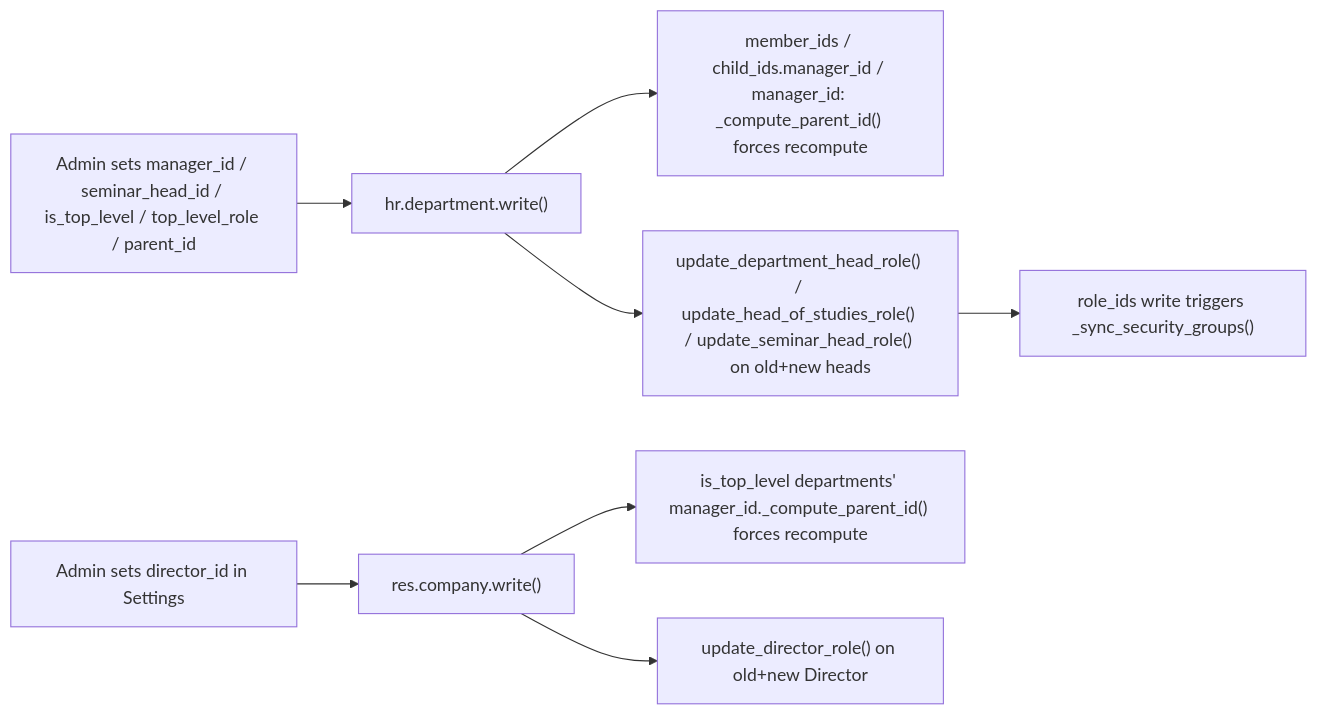
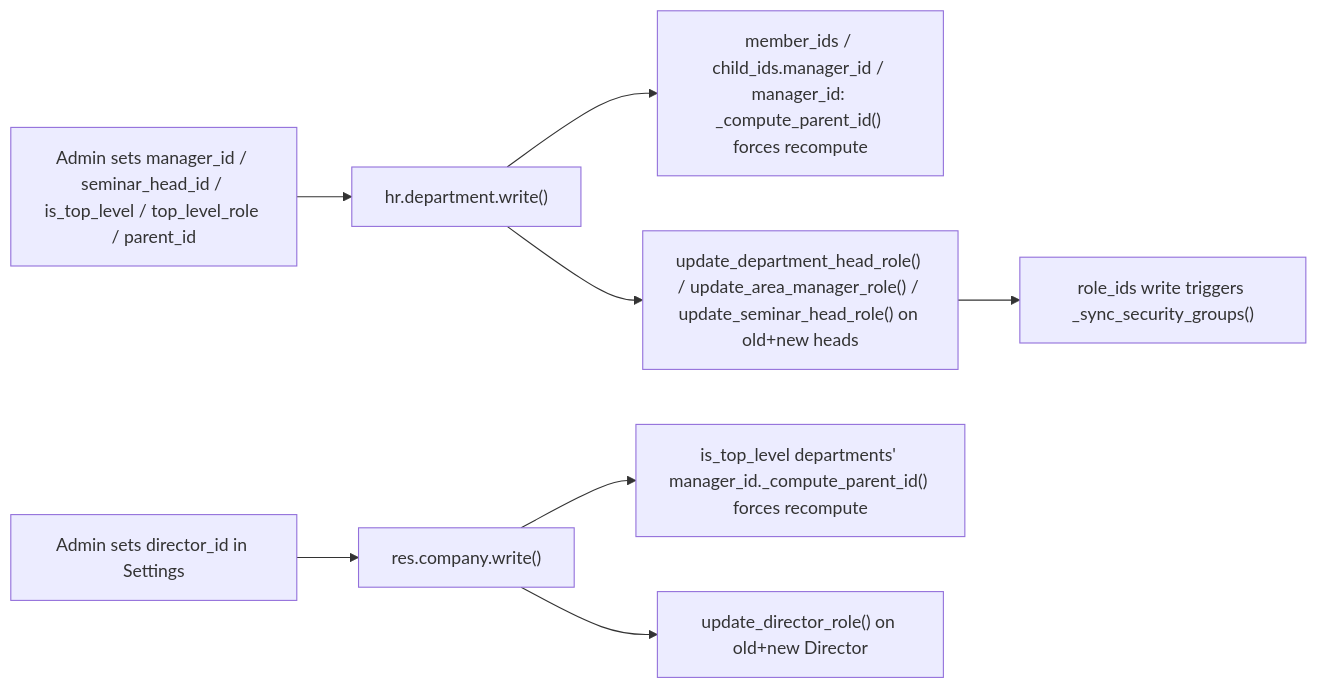
The second of 2 diagrams in docs/en/developers/employees/department.md (ElPuig/EMS), drawn with Mermaid before and after one commit. The commit also changed other lines of this file and 15 other files, not shown here.

````diff
--- a/docs/en/developers/employees/department.md
+++ b/docs/en/developers/employees/department.md
@@ -54,10 +54,10 @@
 ```mermaid
 flowchart LR
     A["Admin sets manager_id / seminar_head_id / is_top_level / top_level_role / parent_id"] --> B["hr.department.write()"]
     B --> C["member_ids / child_ids.manager_id / manager_id: _compute_parent_id() forces recompute"]
-    B --> D["update_department_head_role() / update_head_of_studies_role() / update_seminar_head_role() on old+new heads"]
+    B --> D["update_department_head_role() / update_area_manager_role() / update_seminar_head_role() on old+new heads"]
     D --> E["role_ids write triggers _sync_security_groups()"]
     F["Admin sets director_id in Settings"] --> G["res.company.write()"]
     G --> H["is_top_level departments' manager_id._compute_parent_id() forces recompute"]
     G --> I["update_director_role() on old+new Director"]
 ```
````
